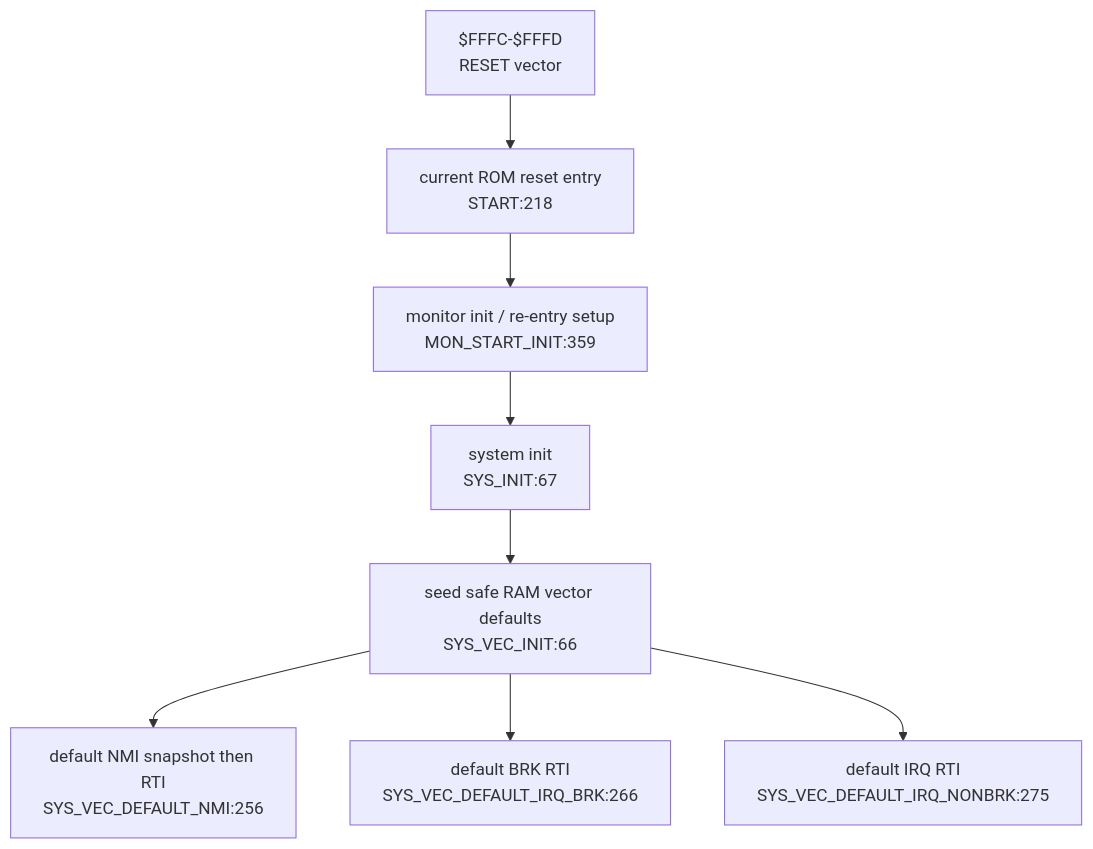
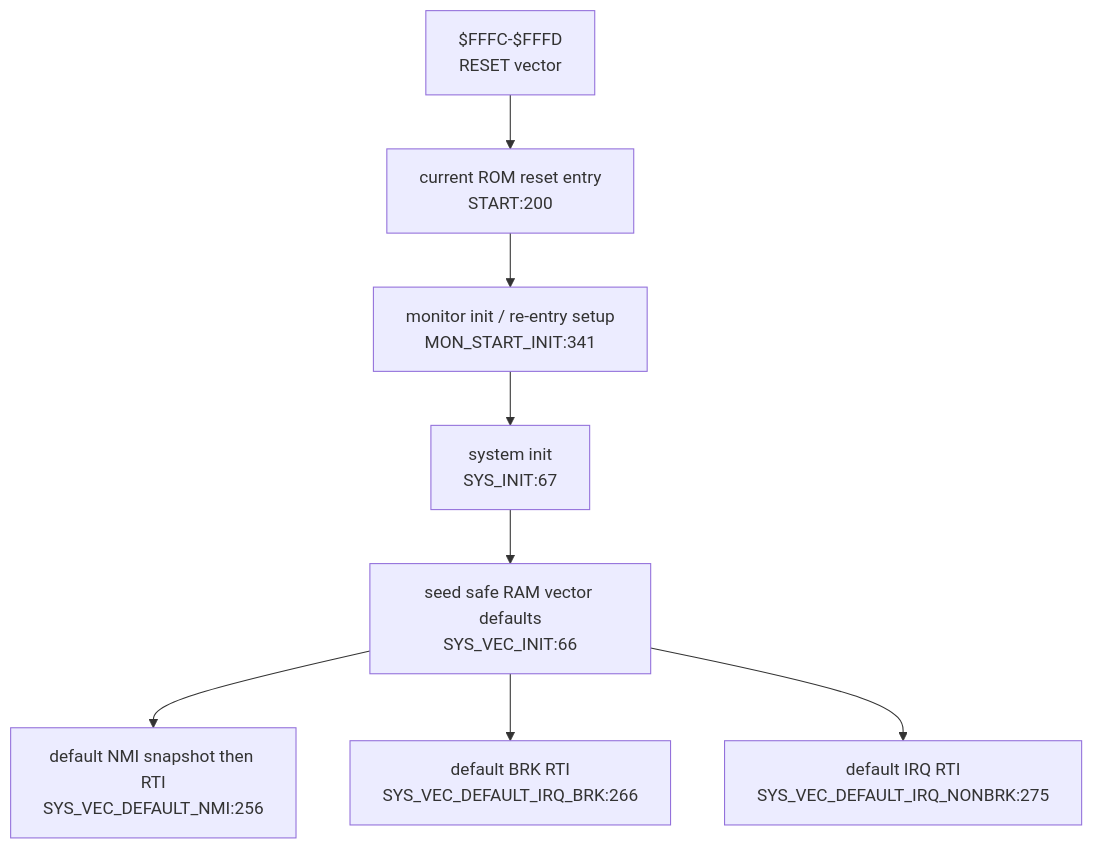
Before and after one commit to 95westus/R-YORS: the second of 6 diagrams in DOC/GENERATED/INTERRUPT_VECTOR_MAP.md, drawn with Mermaid. The commit also changed other lines of this file and 29 other files, not shown here.

````diff
--- a/DOC/GENERATED/INTERRUPT_VECTOR_MAP.md
+++ b/DOC/GENERATED/INTERRUPT_VECTOR_MAP.md
@@ -37,10 +37,10 @@
 ```mermaid
 flowchart TD
-    RESETV["$FFFC-$FFFD<br/>RESET vector"] --> STARTN["current ROM reset entry<br/>START:218"]
-    STARTN --> INIT["monitor init / re-entry setup<br/>MON_START_INIT:359"]
+    RESETV["$FFFC-$FFFD<br/>RESET vector"] --> STARTN["current ROM reset entry<br/>START:200"]
+    STARTN --> INIT["monitor init / re-entry setup<br/>MON_START_INIT:341"]
     INIT --> SYSINIT["system init<br/>SYS_INIT:67"]
     SYSINIT --> VECINIT["seed safe RAM vector defaults<br/>SYS_VEC_INIT:66"]
     VECINIT --> DEFNMI["default NMI snapshot then RTI<br/>SYS_VEC_DEFAULT_NMI:256"]
     VECINIT --> DEFBRK["default BRK RTI<br/>SYS_VEC_DEFAULT_IRQ_BRK:266"]
     VECINIT --> DEFIRQ["default IRQ RTI<br/>SYS_VEC_DEFAULT_IRQ_NONBRK:275"]
 ```
````
